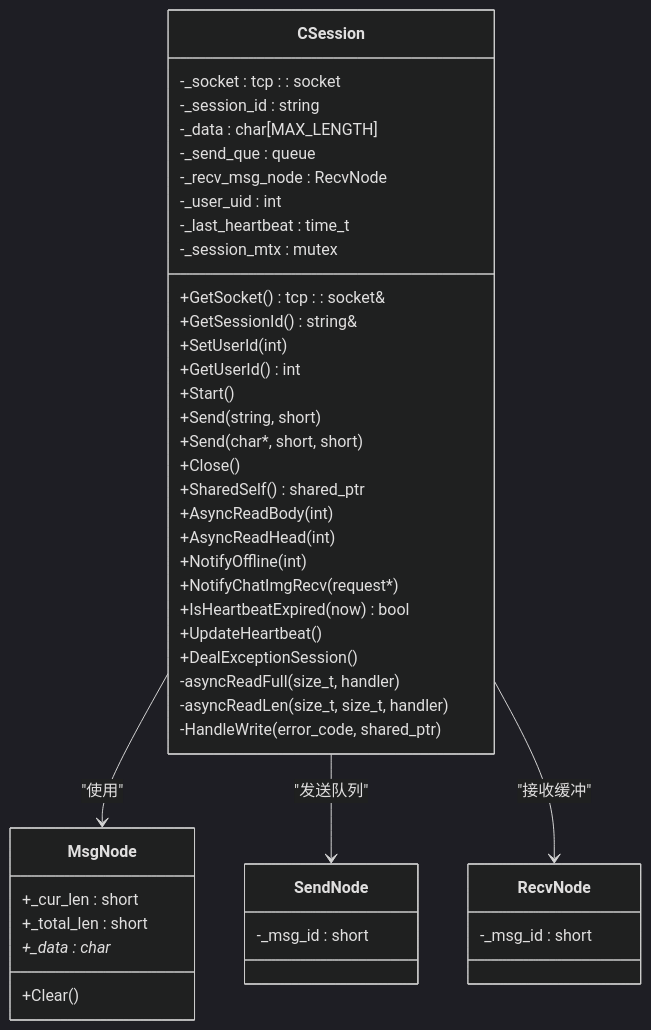
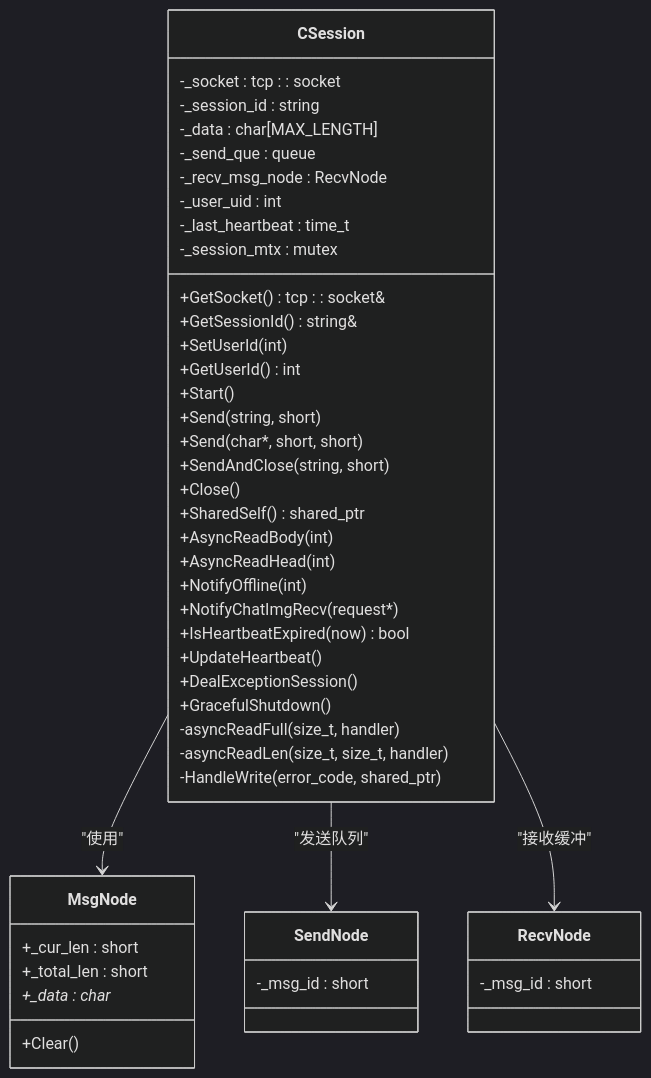
One commit to echo9923/mychatter changed the third of 7 diagrams in .qoder/repowiki/zh/content/服务端开发/ChatServer聊天核心服务/ChatServer聊天核心服务.md. Above: the diagram before and after it, drawn with Mermaid (dark theme). The commit also changed other lines of this file and 54 other files, not shown here.

````diff
--- a/.qoder/repowiki/zh/content/服务端开发/ChatServer聊天核心服务/ChatServer聊天核心服务.md
+++ b/.qoder/repowiki/zh/content/服务端开发/ChatServer聊天核心服务/ChatServer聊天核心服务.md
@@ -146,47 +160,49 @@
 ```mermaid
 classDiagram
 class CSession {
 +GetSocket() tcp : : socket&
 +GetSessionId() string&
 +SetUserId(int)
 +GetUserId() int
 +Start()
 +Send(string, short)
 +Send(char*, short, short)
++SendAndClose(string, short)
 +Close()
 +SharedSelf() shared_ptr<CSession>
 +AsyncReadBody(int)
 +AsyncReadHead(int)
 +NotifyOffline(int)
 +NotifyChatImgRecv(request*)
 +IsHeartbeatExpired(now) bool
 +UpdateHeartbeat()
 +DealExceptionSession()
++GracefulShutdown()
 -asyncReadFull(size_t, handler)
 -asyncReadLen(size_t, size_t, handler)
 -HandleWrite(error_code, shared_ptr<CSession>)
 -_socket : tcp : : socket
 -_session_id : string
 -_data : char[MAX_LENGTH]
 -_send_que : queue<SendNode>
 -_recv_msg_node : RecvNode
 -_user_uid : int
 -_last_heartbeat : time_t
 -_session_mtx : mutex
 }
 class MsgNode {
 +Clear()
 +_cur_len : short
 +_total_len : short
 +_data : char*
 }
 class SendNode {
 -_msg_id : short
 }
 class RecvNode {
 -_msg_id : short
 }
 CSession --> MsgNode : "使用"
 CSession --> SendNode : "发送队列"
 CSession --> RecvNode : "接收缓冲"
 ```
````
